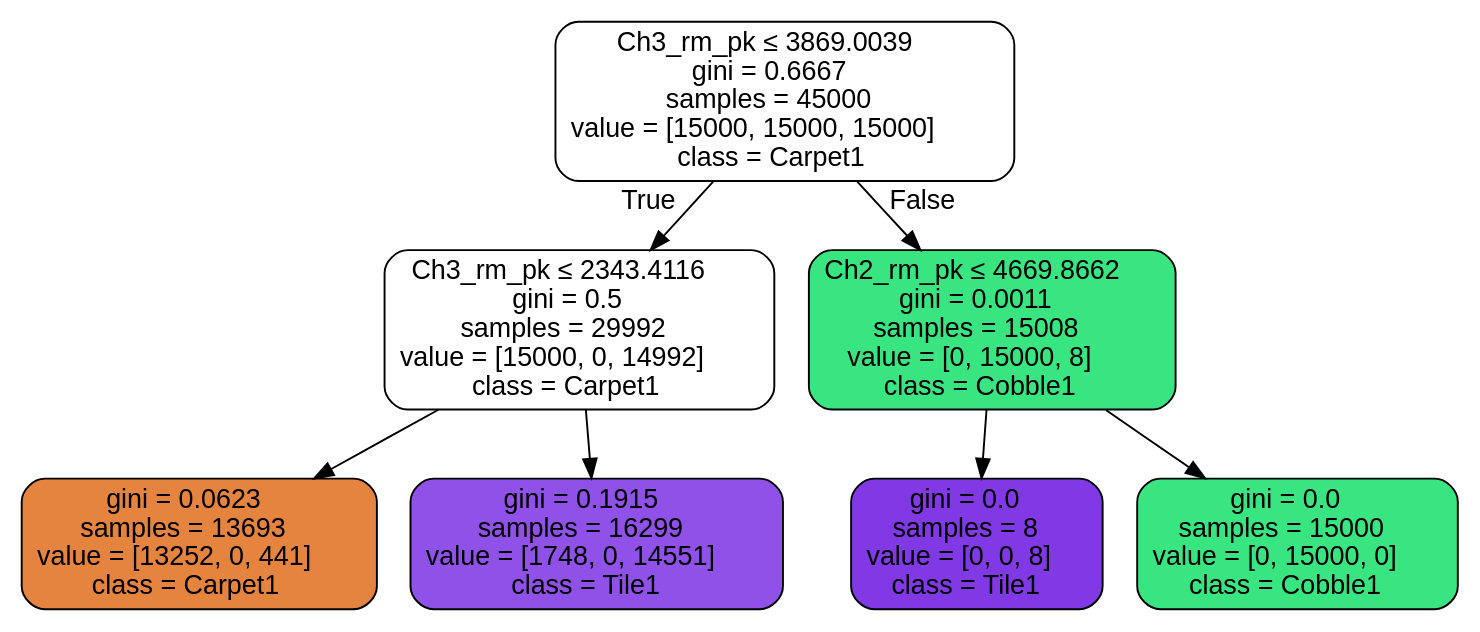
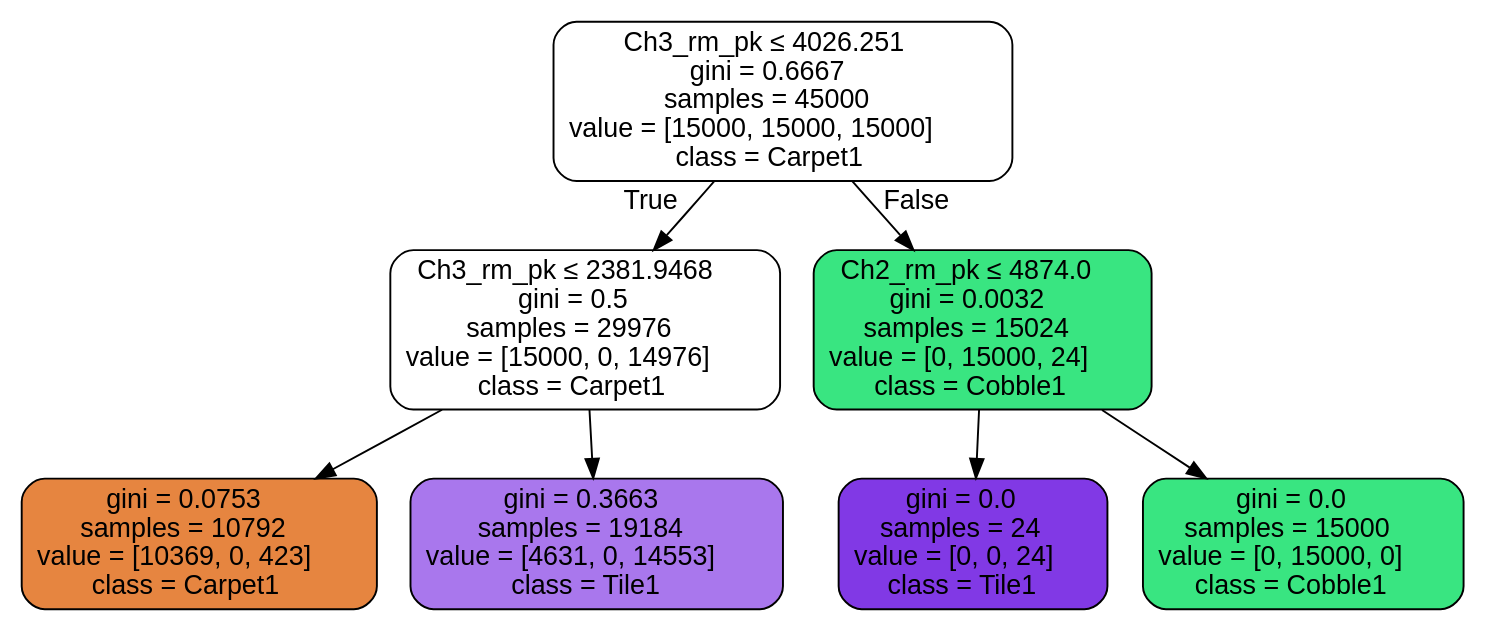
Before and after one commit to MoreCoffee12/AccelPlot: the diagram in PythonScripts/None.dot, drawn with Graphviz. The commit also changed 7 other files, not shown here.

```diff
--- a/PythonScripts/None.dot
+++ b/PythonScripts/None.dot
@@ -1,17 +1,17 @@
 digraph Tree {
 node [shape=box, style="filled, rounded", color="black", fontname=helvetica] ;
 edge [fontname=helvetica] ;
-0 [label=<Ch3_rm_pk &le; 3869.0039<br/>gini = 0.6667<br/>samples = 45000<br/>value = [15000, 15000, 15000]<br/>class = Carpet1>, fillcolor="#e5813900"] ;
-1 [label=<Ch3_rm_pk &le; 2343.4116<br/>gini = 0.5<br/>samples = 29992<br/>value = [15000, 0, 14992]<br/>class = Carpet1>, fillcolor="#e5813900"] ;
+0 [label=<Ch3_rm_pk &le; 4026.251<br/>gini = 0.6667<br/>samples = 45000<br/>value = [15000, 15000, 15000]<br/>class = Carpet1>, fillcolor="#e5813900"] ;
+1 [label=<Ch3_rm_pk &le; 2381.9468<br/>gini = 0.5<br/>samples = 29976<br/>value = [15000, 0, 14976]<br/>class = Carpet1>, fillcolor="#e5813900"] ;
 0 -> 1 [labeldistance=2.5, labelangle=45, headlabel="True"] ;
-2 [label=<gini = 0.0623<br/>samples = 13693<br/>value = [13252, 0, 441]<br/>class = Carpet1>, fillcolor="#e58139f7"] ;
+2 [label=<gini = 0.0753<br/>samples = 10792<br/>value = [10369, 0, 423]<br/>class = Carpet1>, fillcolor="#e58139f5"] ;
 1 -> 2 ;
-3 [label=<gini = 0.1915<br/>samples = 16299<br/>value = [1748, 0, 14551]<br/>class = Tile1>, fillcolor="#8139e5e0"] ;
+3 [label=<gini = 0.3663<br/>samples = 19184<br/>value = [4631, 0, 14553]<br/>class = Tile1>, fillcolor="#8139e5ae"] ;
 1 -> 3 ;
-4 [label=<Ch2_rm_pk &le; 4669.8662<br/>gini = 0.0011<br/>samples = 15008<br/>value = [0, 15000, 8]<br/>class = Cobble1>, fillcolor="#39e581ff"] ;
+4 [label=<Ch2_rm_pk &le; 4874.0<br/>gini = 0.0032<br/>samples = 15024<br/>value = [0, 15000, 24]<br/>class = Cobble1>, fillcolor="#39e581ff"] ;
 0 -> 4 [labeldistance=2.5, labelangle=-45, headlabel="False"] ;
-5 [label=<gini = 0.0<br/>samples = 8<br/>value = [0, 0, 8]<br/>class = Tile1>, fillcolor="#8139e5ff"] ;
+5 [label=<gini = 0.0<br/>samples = 24<br/>value = [0, 0, 24]<br/>class = Tile1>, fillcolor="#8139e5ff"] ;
 4 -> 5 ;
 6 [label=<gini = 0.0<br/>samples = 15000<br/>value = [0, 15000, 0]<br/>class = Cobble1>, fillcolor="#39e581ff"] ;
 4 -> 6 ;
 }
```
